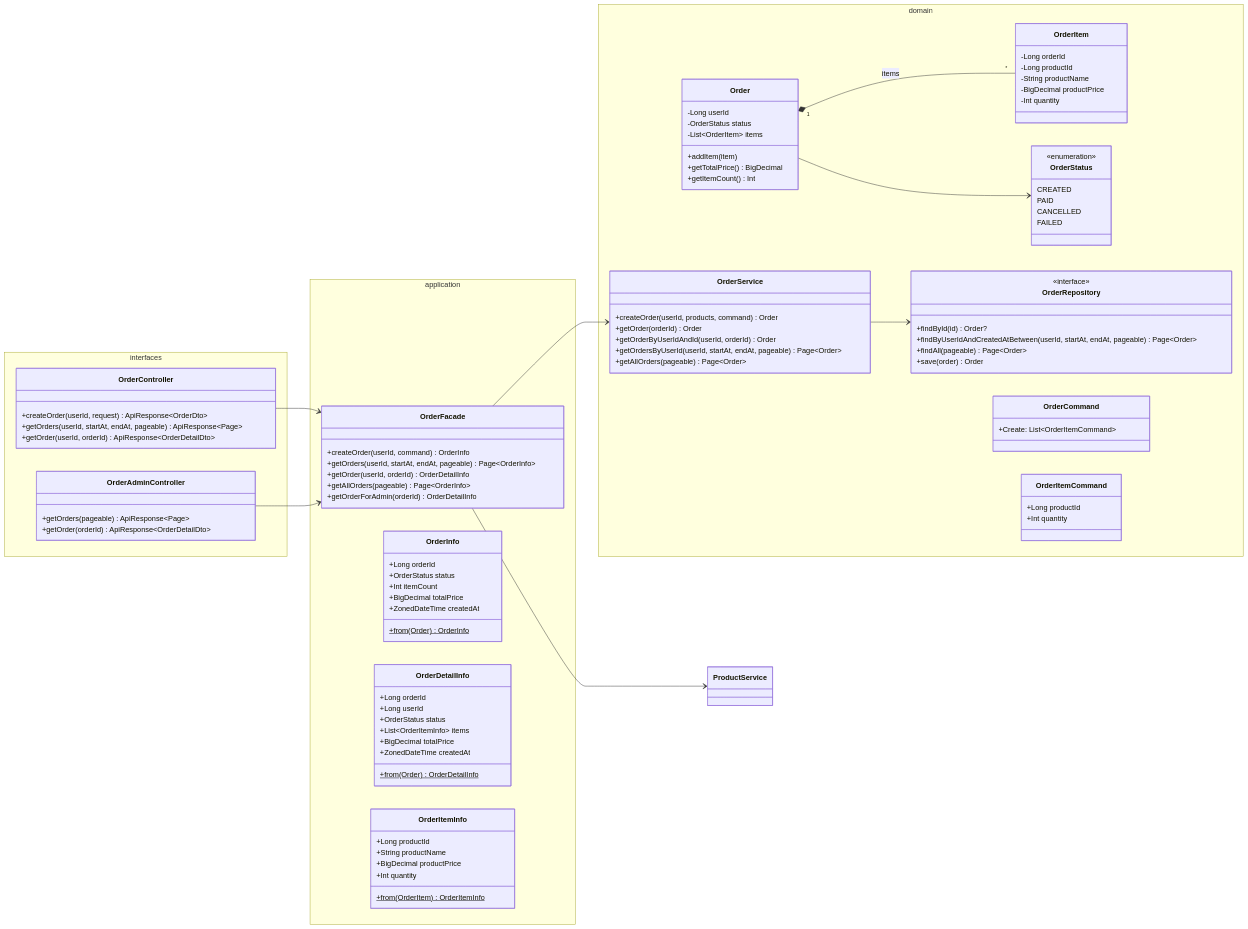
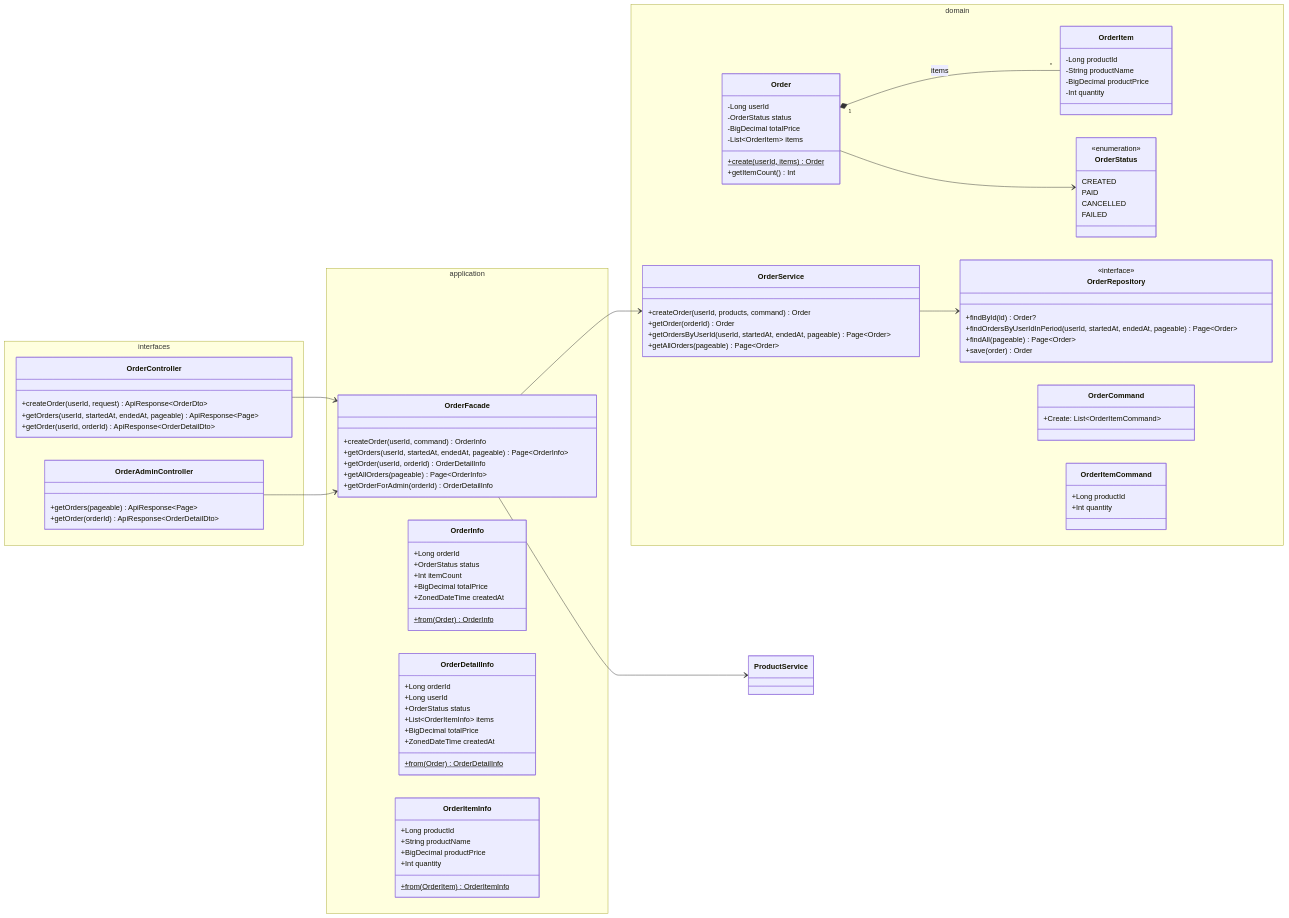
The fifth of 7 diagrams in docs/design/03-class-diagram.md (Loopers-dev-lab/loop-pack-be-l2-vol3-kotlin), drawn with Mermaid before and after one commit. The commit also changed other lines of this file and 5 other files, not shown here.

```diff
--- a/docs/design/03-class-diagram.md
+++ b/docs/design/03-class-diagram.md
@@ -439,7 +438,7 @@
     namespace interfaces {
         class OrderController {
             +createOrder(userId, request) ApiResponse~OrderDto~
-            +getOrders(userId, startAt, endAt, pageable) ApiResponse~Page~
+            +getOrders(userId, startedAt, endedAt, pageable) ApiResponse~Page~
             +getOrder(userId, orderId) ApiResponse~OrderDetailDto~
         }
         class OrderAdminController {
@@ -451,7 +450,7 @@
     namespace application {
         class OrderFacade {
             +createOrder(userId, command) OrderInfo
-            +getOrders(userId, startAt, endAt, pageable) Page~OrderInfo~
+            +getOrders(userId, startedAt, endedAt, pageable) Page~OrderInfo~
             +getOrder(userId, orderId) OrderDetailInfo
             +getAllOrders(pageable) Page~OrderInfo~
             +getOrderForAdmin(orderId) OrderDetailInfo
@@ -486,13 +485,12 @@
         class Order {
             -Long userId
             -OrderStatus status
+            -BigDecimal totalPrice
             -List~OrderItem~ items
-            +addItem(item)
-            +getTotalPrice() BigDecimal
+            +create(userId, items)$ Order
             +getItemCount() Int
         }
         class OrderItem {
-            -Long orderId
             -Long productId
             -String productName
             -BigDecimal productPrice
@@ -508,14 +506,13 @@
         class OrderService {
             +createOrder(userId, products, command) Order
             +getOrder(orderId) Order
-            +getOrderByUserIdAndId(userId, orderId) Order
-            +getOrdersByUserId(userId, startAt, endAt, pageable) Page~Order~
+            +getOrdersByUserId(userId, startedAt, endedAt, pageable) Page~Order~
             +getAllOrders(pageable) Page~Order~
         }
         class OrderRepository {
             <<interface>>
             +findById(id) Order?
-            +findByUserIdAndCreatedAtBetween(userId, startAt, endAt, pageable) Page~Order~
+            +findOrdersByUserIdInPeriod(userId, startedAt, endedAt, pageable) Page~Order~
             +findAll(pageable) Page~Order~
             +save(order) Order
         }
```
